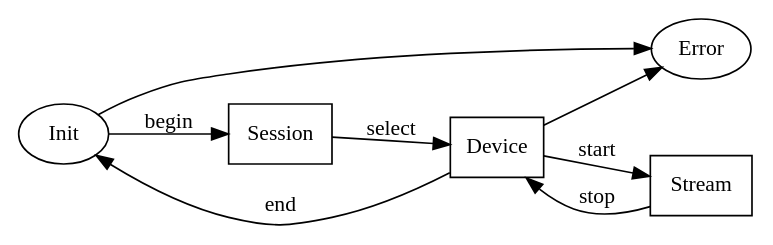
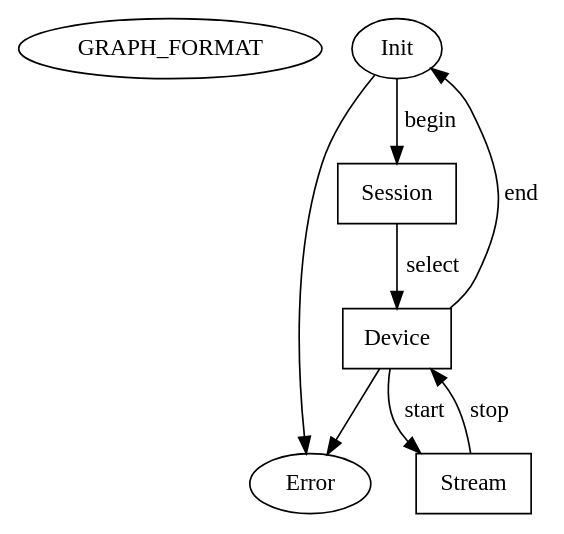
The diagram in doc/graphs/device_states.dot (faudio/faudio), drawn with Graphviz before and after one commit. The commit also changed 21 other files, not shown here.

Commit message:
- Automatic graphs in doc

```diff
--- a/doc/graphs/device_states.dot
+++ b/doc/graphs/device_states.dot
@@ -1,26 +1,23 @@
+
+#include "doc/graphs/header.dot"
 
 digraph graphname {
-  graph [ranksep=0.5, nodesep=0.5, rankdir=LR];
-  graph [fontname = "Futura", fontsize=13];
-  node [fontname = "Futura", fontsize=13];
-  edge [fontname = "Futura", fontsize=13];
-  
-  Init    [];
-  Error   [];
-  Session [shape="rect"];
-  Device  [shape="rect"];
-  Stream  [shape="rect"];
-  
-  Init -> Session   [label = "begin"];
+    GRAPH_FORMAT;
 
-  Session -> Device [label = "select"];
-  Device -> Init    [label = "end"];
-  Device -> Stream  [label = "start"];
-  Stream -> Device  [label = "stop"];
+    Init    [];
+    Error   [];
+    Session [shape="rect"];
+    Device  [shape="rect"];
+    Stream  [shape="rect"];
 
-  
-  Init -> Error;
-  // Stream -> Error [style="invisible", arrowhead="none"];
-  Device -> Error;      
-     
+    Init -> Session   [label = "begin"];
+
+    Session -> Device [label = "select"];
+    Device -> Init    [label = "end"];
+    Device -> Stream  [label = "start"];
+    Stream -> Device  [label = "stop"];
+
+    Init -> Error;
+    // Stream -> Error [style="invisible", arrowhead="none"];
+    Device -> Error;      
 }
```
